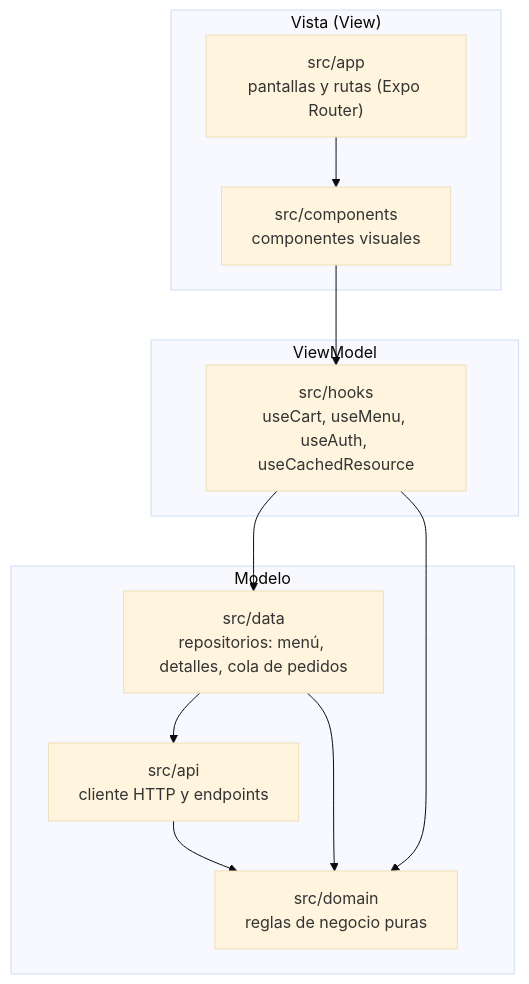
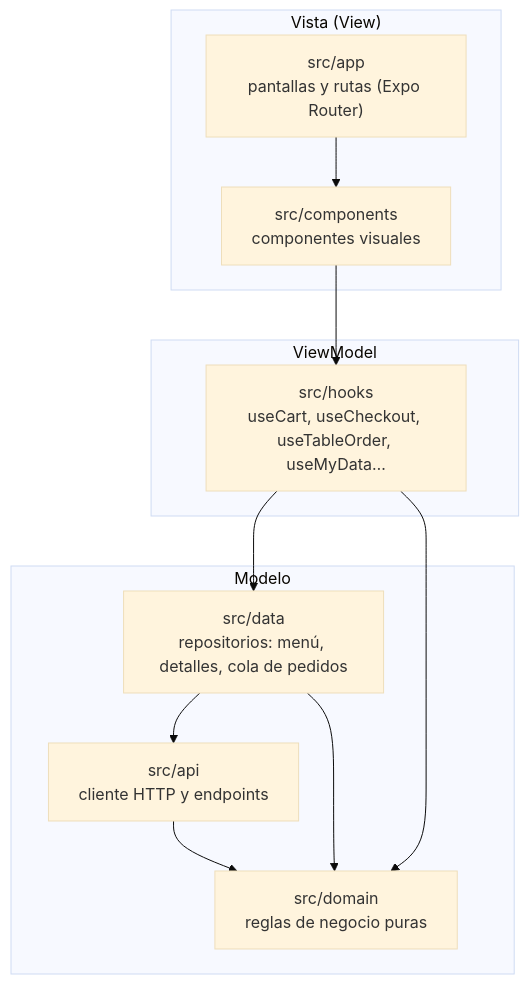
One commit to luisangelhdez1811-collab/la501-sports-mobile changed the diagram in docs/arquitectura.md. Above: the diagram before and after it, drawn with Mermaid (base theme). The commit also changed other lines of this file and 41 other files, not shown here.

````diff
--- a/docs/arquitectura.md
+++ b/docs/arquitectura.md
@@ -7,18 +7,18 @@
 ```mermaid
 flowchart TD
     subgraph Vista["Vista (View)"]
         A["src/app<br/>pantallas y rutas (Expo Router)"]
         C["src/components<br/>componentes visuales"]
     end
     subgraph VM["ViewModel"]
-        H["src/hooks<br/>useCart, useMenu, useAuth, useCachedResource"]
+        H["src/hooks<br/>useCart, useCheckout, useTableOrder, useMyData…"]
     end
     subgraph Modelo["Modelo"]
         D["src/data<br/>repositorios: menú, detalles, cola de pedidos"]
         API["src/api<br/>cliente HTTP y endpoints"]
         DOM["src/domain<br/>reglas de negocio puras"]
     end
     A --> C --> H --> D --> API --> DOM
     H --> DOM
     D --> DOM
 ```
````
